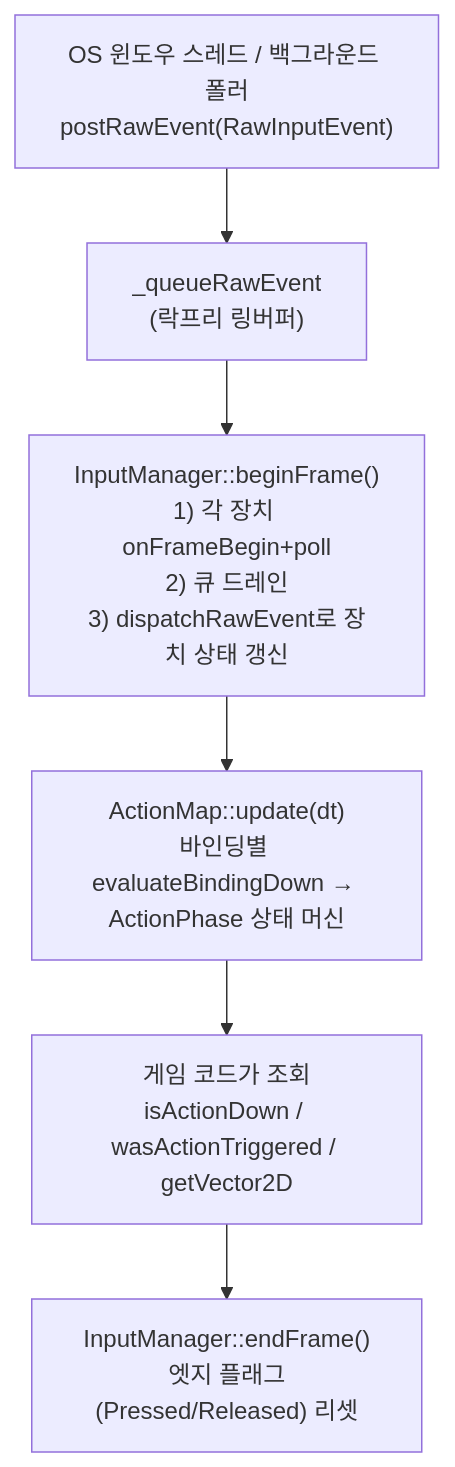
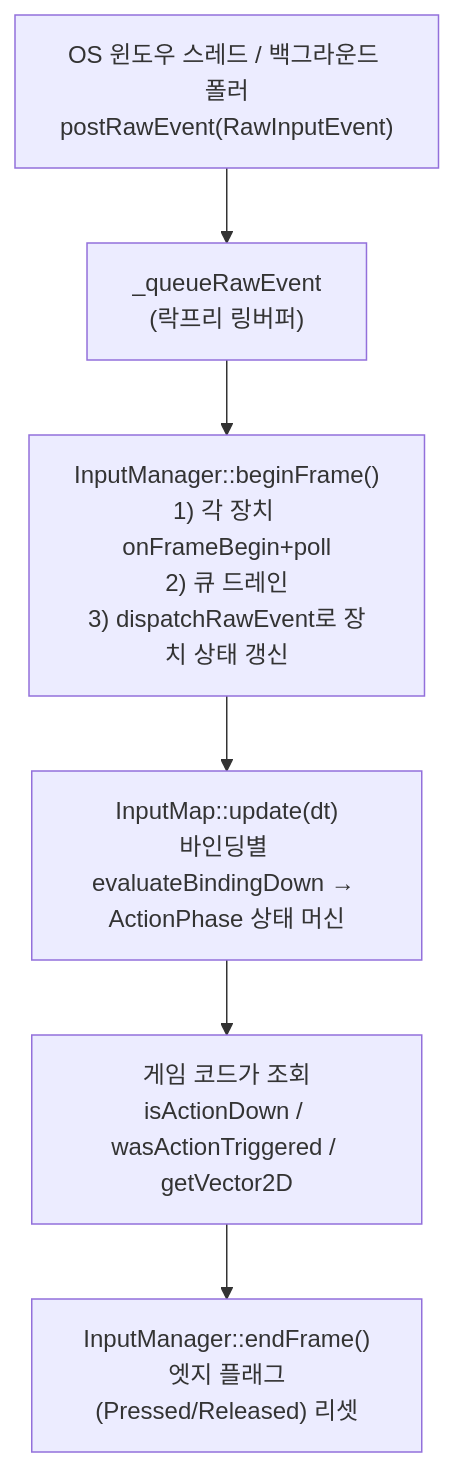
One commit to sswgame/LearningTemplate changed the diagram in Source/Engine/Input/README.md. Above: the diagram before and after it, drawn with Mermaid. The commit also changed other lines of this file and 320 other files, not shown here.

````diff
--- a/Source/Engine/Input/README.md
+++ b/Source/Engine/Input/README.md
@@ -88,8 +88,8 @@
 ```mermaid
 flowchart TD
   A["OS 윈도우 스레드 / 백그라운드 폴러<br/>postRawEvent(RawInputEvent)"] --> B["_queueRawEvent<br/>(락프리 링버퍼)"]
   B --> C["InputManager::beginFrame()<br/>1) 각 장치 onFrameBegin+poll<br/>2) 큐 드레인<br/>3) dispatchRawEvent로 장치 상태 갱신"]
-  C --> D["ActionMap::update(dt)<br/>바인딩별 evaluateBindingDown → ActionPhase 상태 머신"]
+  C --> D["InputMap::update(dt)<br/>바인딩별 evaluateBindingDown → ActionPhase 상태 머신"]
   D --> E["게임 코드가 조회<br/>isActionDown / wasActionTriggered / getVector2D"]
   E --> F["InputManager::endFrame()<br/>엣지 플래그(Pressed/Released) 리셋"]
 ```
````
